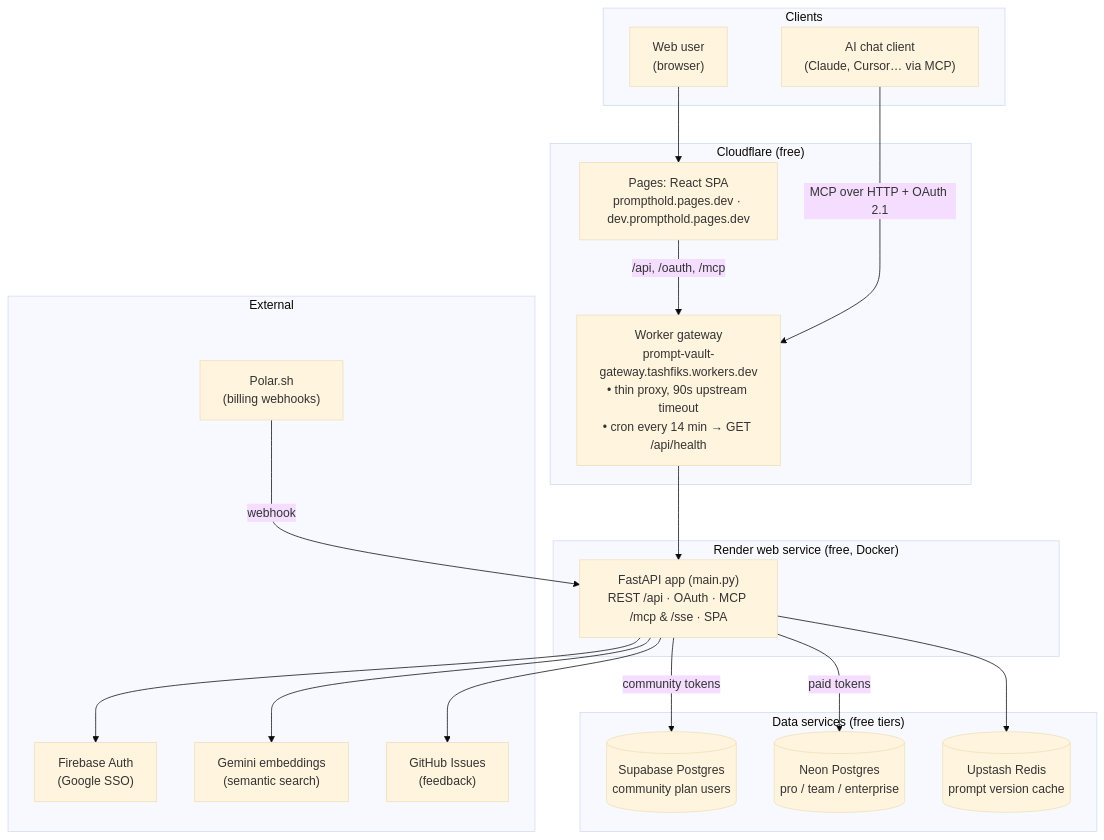
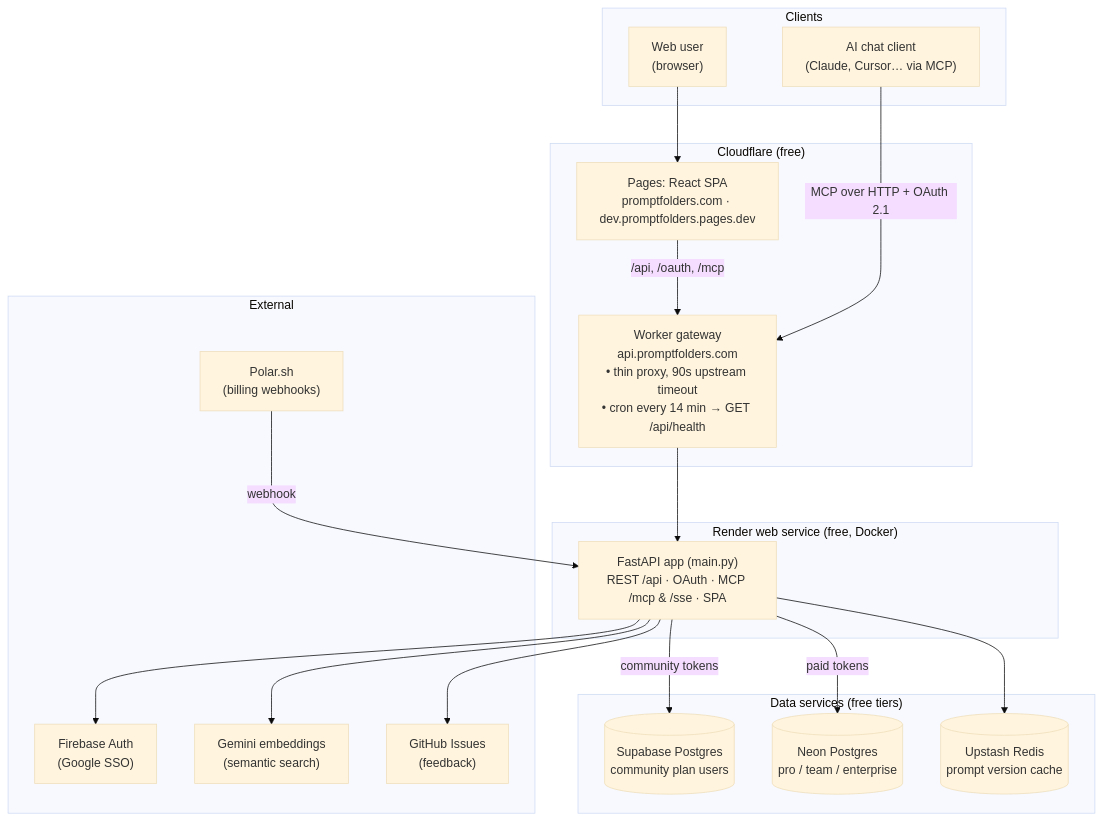
Before and after one commit to TashfikS/prompt-vault-mcp: the first of 4 diagrams in ARCHITECTURE.md, drawn with Mermaid (base theme). The commit also changed other lines of this file and 8 other files, not shown here.

First line of the commit message:
chore: move site to promptfolders.com and API gateway to api.promptfolders.com

````diff
--- a/ARCHITECTURE.md
+++ b/ARCHITECTURE.md
@@ -11,41 +11,41 @@
 ```mermaid
 flowchart TD
     subgraph Clients
         Web["Web user<br/>(browser)"]
         Chat["AI chat client<br/>(Claude, Cursor… via MCP)"]
     end
 
     subgraph Cloudflare["Cloudflare (free)"]
-        Pages["Pages: React SPA<br/>prompthold.pages.dev · dev.prompthold.pages.dev"]
-        Worker["Worker gateway<br/>prompt-vault-gateway.tashfiks.workers.dev<br/>• thin proxy, 90s upstream timeout<br/>• cron every 14 min → GET /api/health"]
+        Pages["Pages: React SPA<br/>promptfolders.com · dev.promptfolders.pages.dev"]
+        Worker["Worker gateway<br/>api.promptfolders.com<br/>• thin proxy, 90s upstream timeout<br/>• cron every 14 min → GET /api/health"]
     end
 
     subgraph Render["Render web service (free, Docker)"]
         API["FastAPI app (main.py)<br/>REST /api · OAuth · MCP /mcp & /sse · SPA"]
     end
 
     subgraph Data["Data services (free tiers)"]
         Supa[("Supabase Postgres<br/>community plan users")]
         Neon[("Neon Postgres<br/>pro / team / enterprise")]
         Redis[("Upstash Redis<br/>prompt version cache")]
     end
 
     subgraph External
         Firebase["Firebase Auth<br/>(Google SSO)"]
         Gemini["Gemini embeddings<br/>(semantic search)"]
         Polar["Polar.sh<br/>(billing webhooks)"]
         GH["GitHub Issues<br/>(feedback)"]
     end
 
     Web --> Pages
     Pages -->|/api, /oauth, /mcp| Worker
     Chat -->|MCP over HTTP + OAuth 2.1| Worker
     Worker --> API
     API -->|community tokens| Supa
     API -->|paid tokens| Neon
     API --> Redis
     API --> Firebase
     API --> Gemini
     Polar -->|webhook| API
     API --> GH
 ```
````
